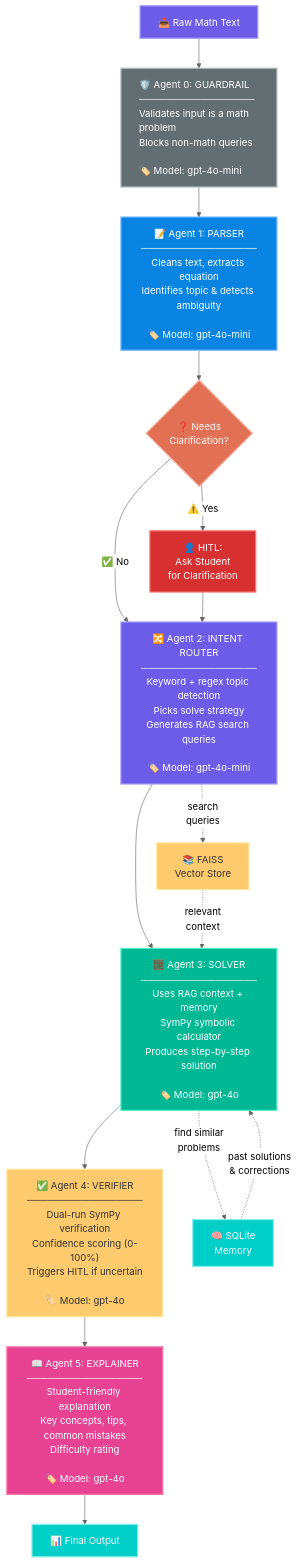
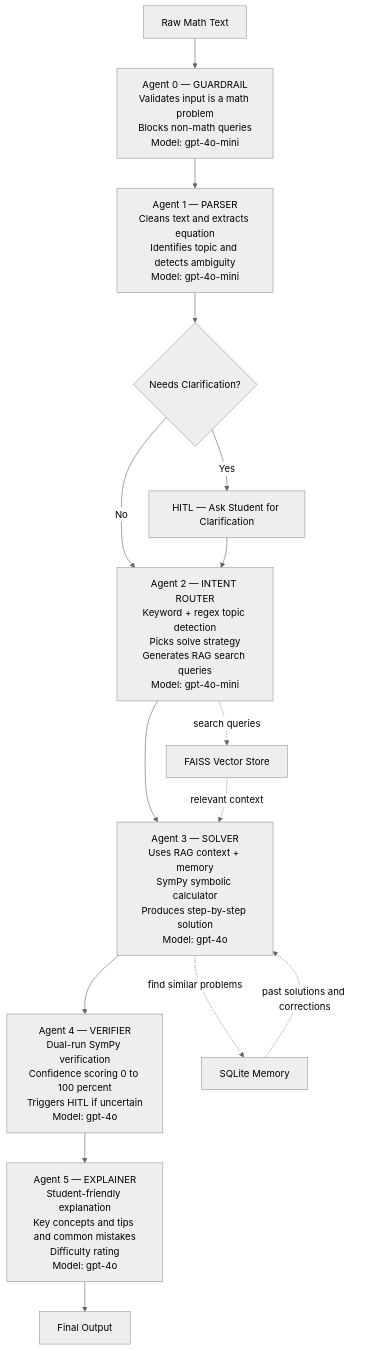
The third of 5 diagrams in README.md (SAURABHSALVE/ai-math-tutor-rag-system), drawn with Mermaid (neutral theme) before and after one commit. The commit also changed other lines of this file, not shown here.

Commit message:
updated the architecture diagram

````diff
--- a/README.md
+++ b/README.md
@@ -74,45 +54,32 @@
 ```mermaid
 graph TD
-    START["📥 Raw Math Text"] --> AG0
+    START[" Raw Math Text "] --> AG0
 
-    AG0["🛡️ Agent 0: GUARDRAIL\n─────────────────\nValidates input is a math problem\nBlocks non-math queries\n\n🏷️ Model: gpt-4o-mini"]
+    AG0[" Agent 0 — GUARDRAIL\nValidates input is a math problem\nBlocks non-math queries\nModel: gpt-4o-mini "]
     --> AG1
 
-    AG1["📝 Agent 1: PARSER\n─────────────────\nCleans text, extracts equation\nIdentifies topic & detects ambiguity\n\n🏷️ Model: gpt-4o-mini"]
-    --> CHECK{"❓ Needs\nClarification?"}
+    AG1[" Agent 1 — PARSER\nCleans text and extracts equation\nIdentifies topic and detects ambiguity\nModel: gpt-4o-mini "]
+    --> CHECK{" Needs Clarification? "}
 
-    CHECK -->|"✅ No"| AG2
-    CHECK -->|"⚠️ Yes"| HITL["👤 HITL:\nAsk Student\nfor Clarification"]
+    CHECK -->|" No "| AG2
+    CHECK -->|" Yes "| HITL[" HITL — Ask Student for Clarification "]
     HITL --> AG2
 
-    AG2["🔀 Agent 2: INTENT ROUTER\n─────────────────\nKeyword + regex topic detection\nPicks solve strategy\nGenerates RAG search queries\n\n🏷️ Model: gpt-4o-mini"]
+    AG2[" Agent 2 — INTENT ROUTER\nKeyword + regex topic detection\nPicks solve strategy\nGenerates RAG search queries\nModel: gpt-4o-mini "]
     --> AG3
 
-    AG3["🧮 Agent 3: SOLVER\n─────────────────\nUses RAG context + memory\nSymPy symbolic calculator\nProduces step-by-step solution\n\n🏷️ Model: gpt-4o"]
+    AG3[" Agent 3 — SOLVER\nUses RAG context + memory\nSymPy symbolic calculator\nProduces step-by-step solution\nModel: gpt-4o "]
     --> AG4
 
-    AG4["✅ Agent 4: VERIFIER\n─────────────────\nDual-run SymPy verification\nConfidence scoring (0-100%)\nTriggers HITL if uncertain\n\n🏷️ Model: gpt-4o"]
+    AG4[" Agent 4 — VERIFIER\nDual-run SymPy verification\nConfidence scoring 0 to 100 percent\nTriggers HITL if uncertain\nModel: gpt-4o "]
     --> AG5
 
-    AG5["📖 Agent 5: EXPLAINER\n─────────────────\nStudent-friendly explanation\nKey concepts, tips, common mistakes\nDifficulty rating\n\n🏷️ Model: gpt-4o"]
-    --> DONE["📊 Final Output"]
+    AG5[" Agent 5 — EXPLAINER\nStudent-friendly explanation\nKey concepts and tips and common mistakes\nDifficulty rating\nModel: gpt-4o "]
+    --> DONE[" Final Output "]
 
-    AG2 -.->|"search\nqueries"| RAG["📚 FAISS\nVector Store"]
-    RAG -.->|"relevant\ncontext"| AG3
+    AG2 -.->|" search queries "| RAG[" FAISS Vector Store "]
+    RAG -.->|" relevant context "| AG3
 
-    AG3 -.->|"find similar\nproblems"| MEM["🧠 SQLite\nMemory"]
-    MEM -.->|"past solutions\n& corrections"| AG3
-
-    style START fill:#6c5ce7,stroke:#a29bfe,color:#fff,stroke-width:2px
-    style AG0 fill:#636e72,stroke:#b2bec3,color:#fff,stroke-width:2px,text-align:left
-    style AG1 fill:#0984e3,stroke:#74b9ff,color:#fff,stroke-width:2px
-    style CHECK fill:#e17055,stroke:#fab1a0,color:#fff,stroke-width:2px
-    style HITL fill:#d63031,stroke:#ff7675,color:#fff,stroke-width:2px
-    style AG2 fill:#6c5ce7,stroke:#a29bfe,color:#fff,stroke-width:2px
-    style AG3 fill:#00b894,stroke:#55efc4,color:#fff,stroke-width:2px
-    style AG4 fill:#fdcb6e,stroke:#ffeaa7,color:#333,stroke-width:2px
-    style AG5 fill:#e84393,stroke:#fd79a8,color:#fff,stroke-width:2px
-    style DONE fill:#00cec9,stroke:#81ecec,color:#fff,stroke-width:2px
-    style RAG fill:#fdcb6e,stroke:#ffeaa7,color:#333,stroke-width:2px
-    style MEM fill:#00cec9,stroke:#81ecec,color:#fff,stroke-width:2px
+    AG3 -.->|" find similar problems "| MEM[" SQLite Memory "]
+    MEM -.->|" past solutions and corrections "| AG3
 ```
````
